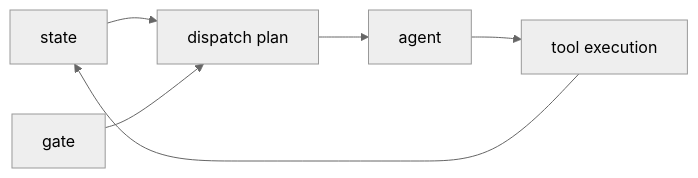
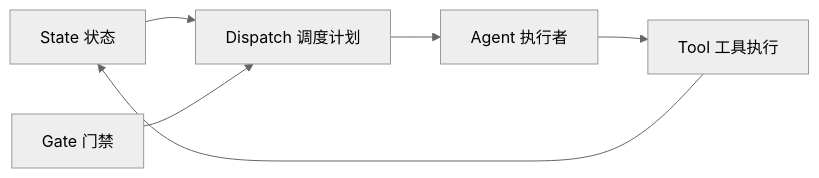
One commit to walke2019/opencode-pm-workflow changed the fifth of 5 diagrams in docs/runbooks/pm-workflow-usage-flow.md. Above: the diagram before and after it, drawn with Mermaid (neutral theme). The commit also changed other lines of this file and 7 other files, not shown here.

Commit message:
docs: localize workflow architecture guides

````diff
--- a/docs/runbooks/pm-workflow-usage-flow.md
+++ b/docs/runbooks/pm-workflow-usage-flow.md
@@ -350,8 +398,8 @@
 ```mermaid
 flowchart LR
-    S[state] --> D[dispatch plan]
-    G[gate] --> D
-    D --> A[agent]
-    A --> T[tool execution]
+    S[State 状态] --> D[Dispatch 调度计划]
+    G[Gate 门禁] --> D
+    D --> A[Agent 执行者]
+    A --> T[Tool 工具执行]
     T --> S
 ```
````
